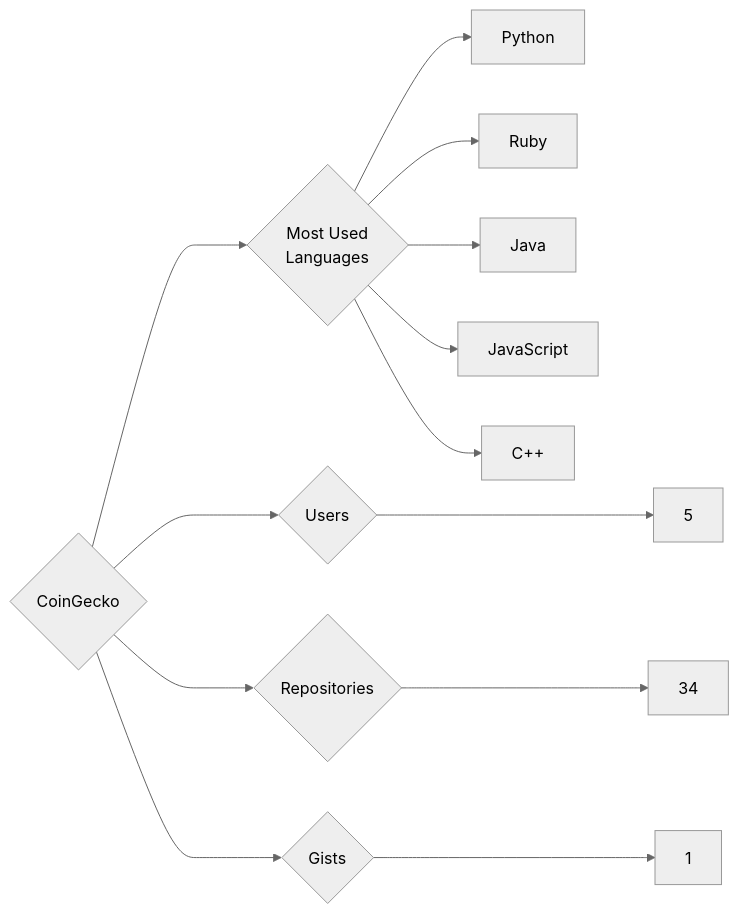
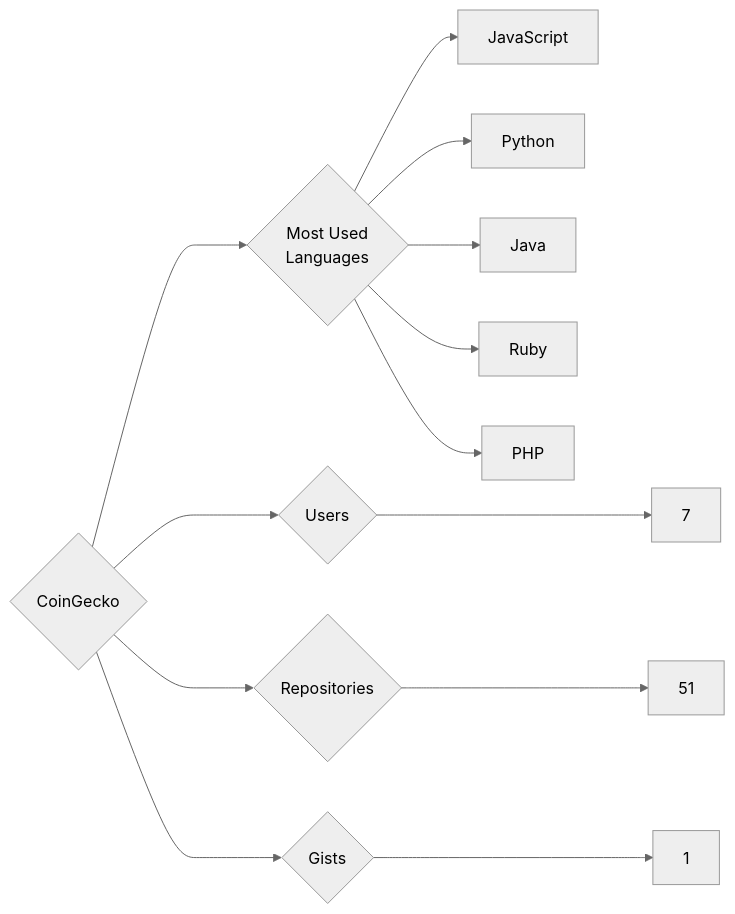
Before and after one commit to trickest/insiders: the diagram in targets/CoinGecko/README.md, drawn with Mermaid (neutral theme). The commit also changed 1055 other files, not shown here.

````diff
--- a/targets/CoinGecko/README.md
+++ b/targets/CoinGecko/README.md
@@ -3,13 +3,13 @@
 ```mermaid
 graph LR
 COMPANY_NAME{CoinGecko}
-COMPANY_NAME ---> U{Users} ---> UN[5]
-COMPANY_NAME ---> R{Repositories} ---> RN[34]
+COMPANY_NAME ---> U{Users} ---> UN[7]
+COMPANY_NAME ---> R{Repositories} ---> RN[51]
 COMPANY_NAME ---> G{Gists} ---> GN[1]
 COMPANY_NAME ---> ML{Most Used<br>Languages}
+ML --> JavaScript[JavaScript]
 ML --> Python[Python]
+ML --> Java[Java]
 ML --> Ruby[Ruby]
-ML --> Java[Java]
-ML --> JavaScript[JavaScript]
-ML --> C++[C++]
+ML --> PHP[PHP]
 ```
````
